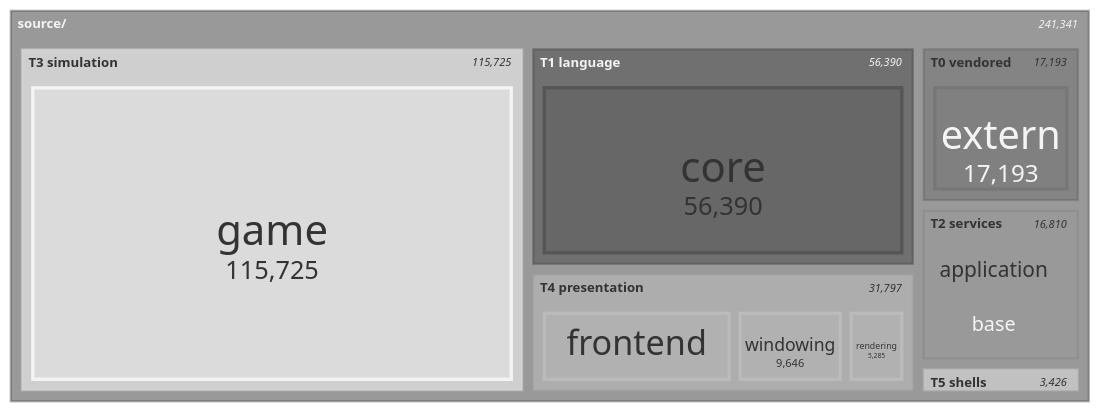
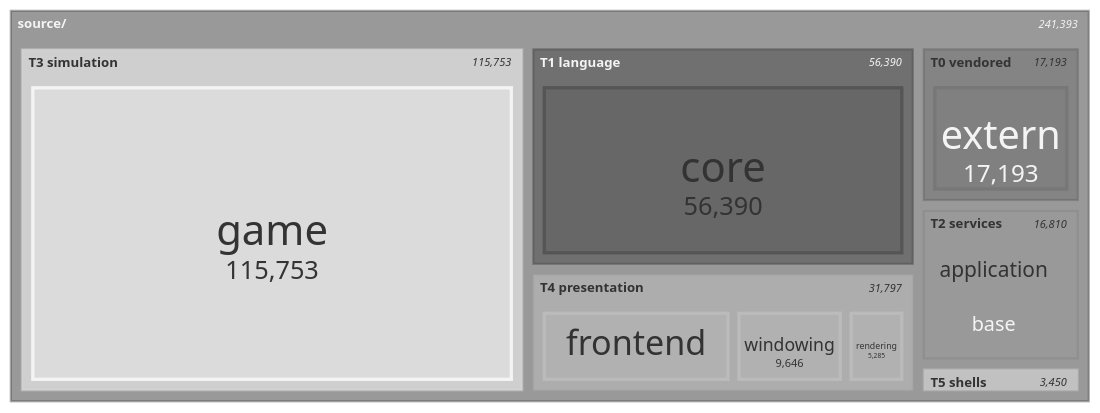
One commit to apnex/OpenStarbound changed the seventh of 11 diagrams in docs/architecture/system-boundaries.md. Above: the diagram before and after it, drawn with Mermaid (neutral theme). The commit also changed other lines of this file and 7 other files, not shown here.

````diff
--- a/docs/architecture/system-boundaries.md
+++ b/docs/architecture/system-boundaries.md
@@ -599,22 +599,22 @@
 ```mermaid
 treemap-beta
 "source/"
     "T0 vendored"
         "extern": 17193
     "T1 language"
         "core": 56390
     "T2 services"
         "application": 7677
         "base": 7472
         "metrics": 1519
         "platform": 142
     "T3 simulation"
-        "game": 115725
+        "game": 115753
     "T4 presentation"
         "frontend": 16866
         "windowing": 9646
         "rendering": 5285
     "T5 shells"
-        "client": 2643
+        "client": 2667
         "server": 783
 ```
````
